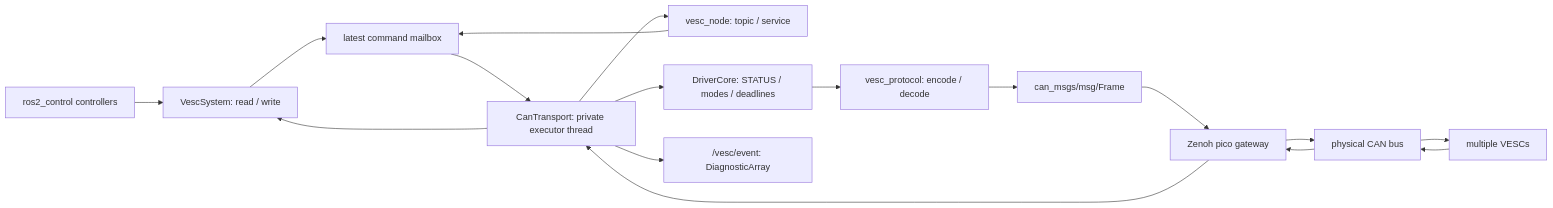
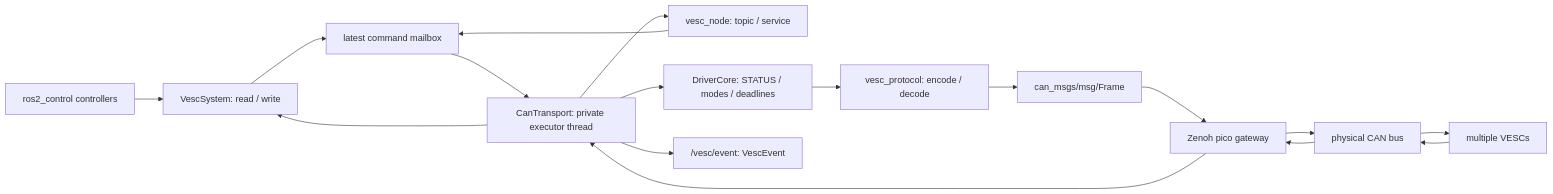
The diagram in docs/architecture.md (ryo-0723/vesc_can_ros2_control), drawn with Mermaid before and after one commit. The commit also changed other lines of this file and 28 other files, not shown here.

````diff
--- a/docs/architecture.md
+++ b/docs/architecture.md
@@ -20,19 +20,19 @@
 ```mermaid
 flowchart LR
   C[ros2_control controllers] --> H[VescSystem: read / write]
   N[vesc_node: topic / service] --> M[latest command mailbox]
   H --> M
   M --> T[CanTransport: private executor thread]
   T --> D[DriverCore: STATUS / modes / deadlines]
   D --> P[vesc_protocol: encode / decode]
   P --> F[can_msgs/msg/Frame]
   F --> Z[Zenoh pico gateway]
   Z --> B[physical CAN bus]
   B --> V[multiple VESCs]
   V --> B
   B --> Z
   Z --> T
   T --> H
   T --> N
-  T --> E["/vesc/event: DiagnosticArray"]
+  T --> E["/vesc/event: VescEvent"]
 ```
````
